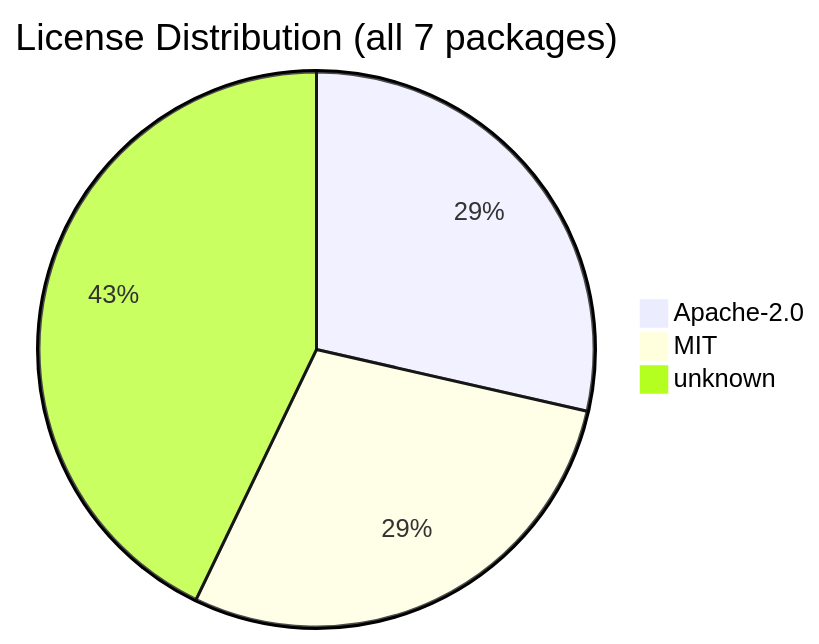
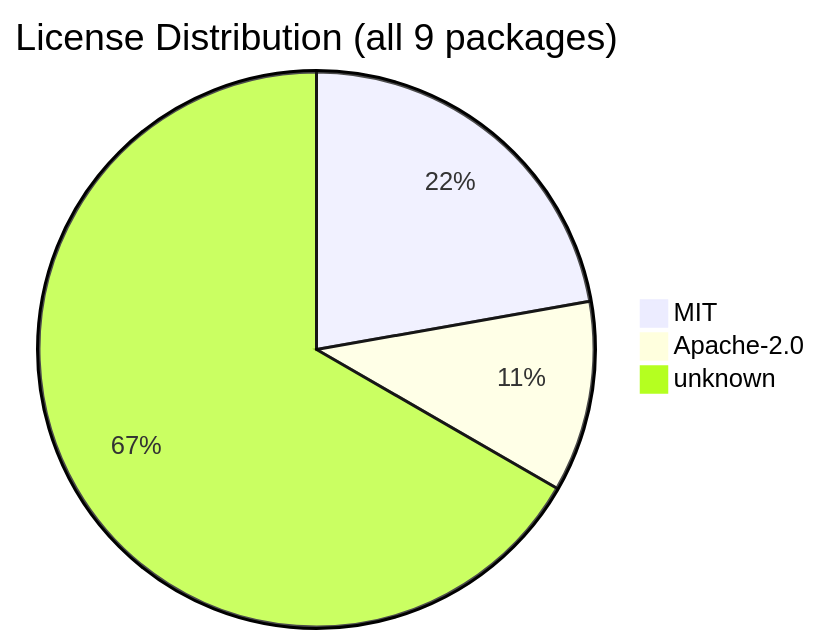
Before and after one commit to svenroth-ai/shipwright: the diagram in .shipwright/compliance/sbom.md, drawn with Mermaid. The commit also changed other lines of this file and 9 other files, not shown here.

````diff
--- a/.shipwright/compliance/sbom.md
+++ b/.shipwright/compliance/sbom.md
@@ -18,6 +18,6 @@
 ```mermaid
-pie title License Distribution (all 7 packages)
-    "Apache-2.0" : 2
+pie title License Distribution (all 9 packages)
     "MIT" : 2
-    "unknown" : 3
+    "Apache-2.0" : 1
+    "unknown" : 6
 ```
````
